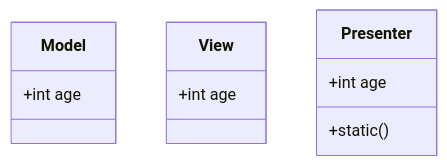
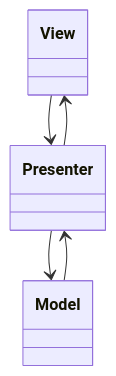
Before and after one commit to ErikWenke/Lernprogramm: the first of 3 diagrams in doc/mvp.md, drawn with Mermaid. The commit also changed other lines of this file and 11 other files, not shown here.

````diff
--- a/doc/mvp.md
+++ b/doc/mvp.md
@@ -3,13 +3,12 @@
 ```mermaid
 classDiagram
-  class Model{
-    +int age
-  }
-  class View{
-    +int age
-  }
-  class Presenter{
-    +int age
-    +static()
-  }
+
+  class View
+  class Presenter
+  class Model
+
+  View --> Presenter
+  Presenter --> View
+  Presenter --> Model
+  Model --> Presenter
 ```
````
